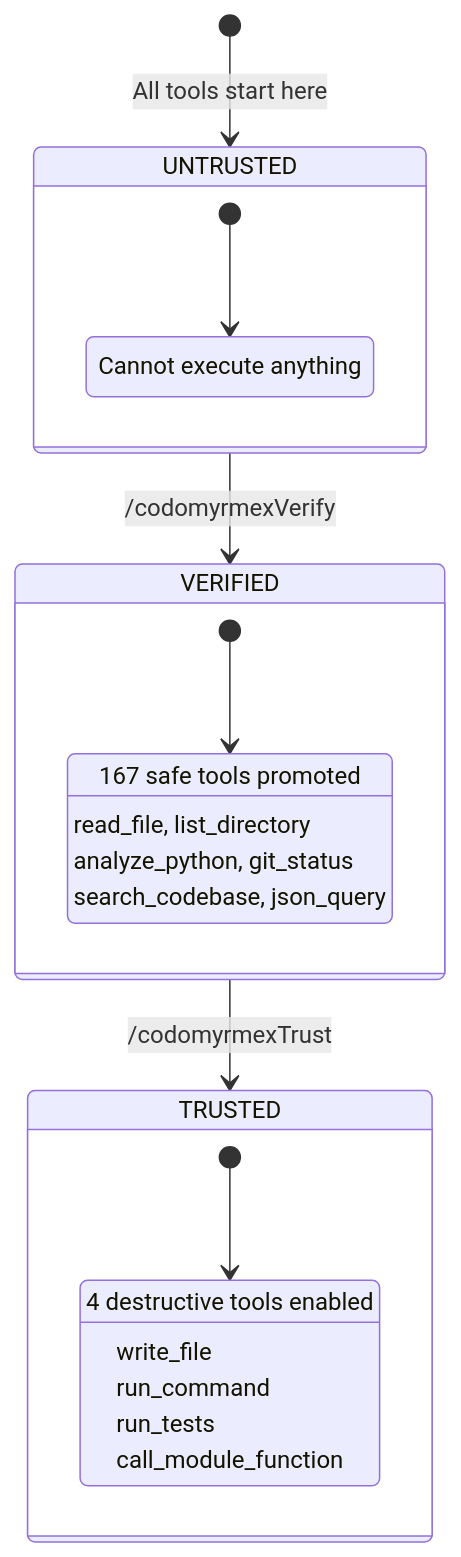
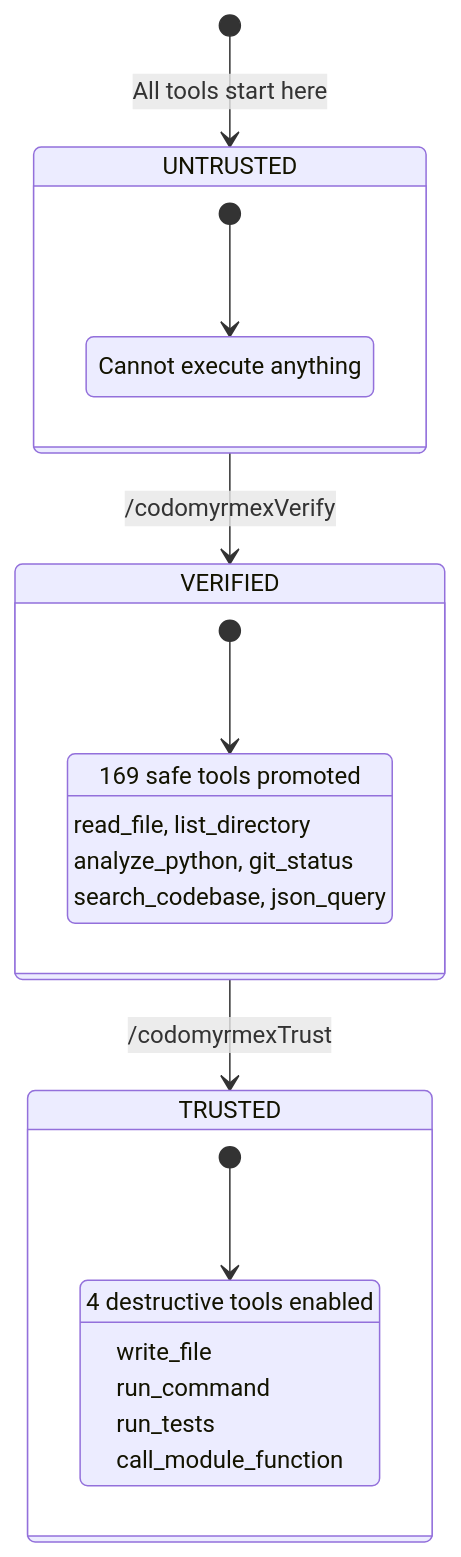
One commit to docxology/codomyrmex changed the third of 8 diagrams in docs/pai/README.md. Above: the diagram before and after it, drawn with Mermaid. The commit also changed other lines of this file and 63 other files, not shown here.

````diff
--- a/docs/pai/README.md
+++ b/docs/pai/README.md
@@ -105,28 +105,28 @@
 ```mermaid
 stateDiagram-v2
     [*] --> UNTRUSTED: All tools start here
     UNTRUSTED --> VERIFIED: /codomyrmexVerify
     VERIFIED --> TRUSTED: /codomyrmexTrust
 
     state UNTRUSTED {
         [*] --> Blocked
         Blocked: Cannot execute anything
     }
 
     state VERIFIED {
         [*] --> SafeOps
-        SafeOps: 167 safe tools promoted
+        SafeOps: 169 safe tools promoted
         SafeOps: read_file, list_directory
         SafeOps: analyze_python, git_status
         SafeOps: search_codebase, json_query
     }
 
     state TRUSTED {
         [*] --> FullAccess
         FullAccess: 4 destructive tools enabled
         FullAccess: write_file
         FullAccess: run_command
         FullAccess: run_tests
         FullAccess: call_module_function
     }
 ```
````
